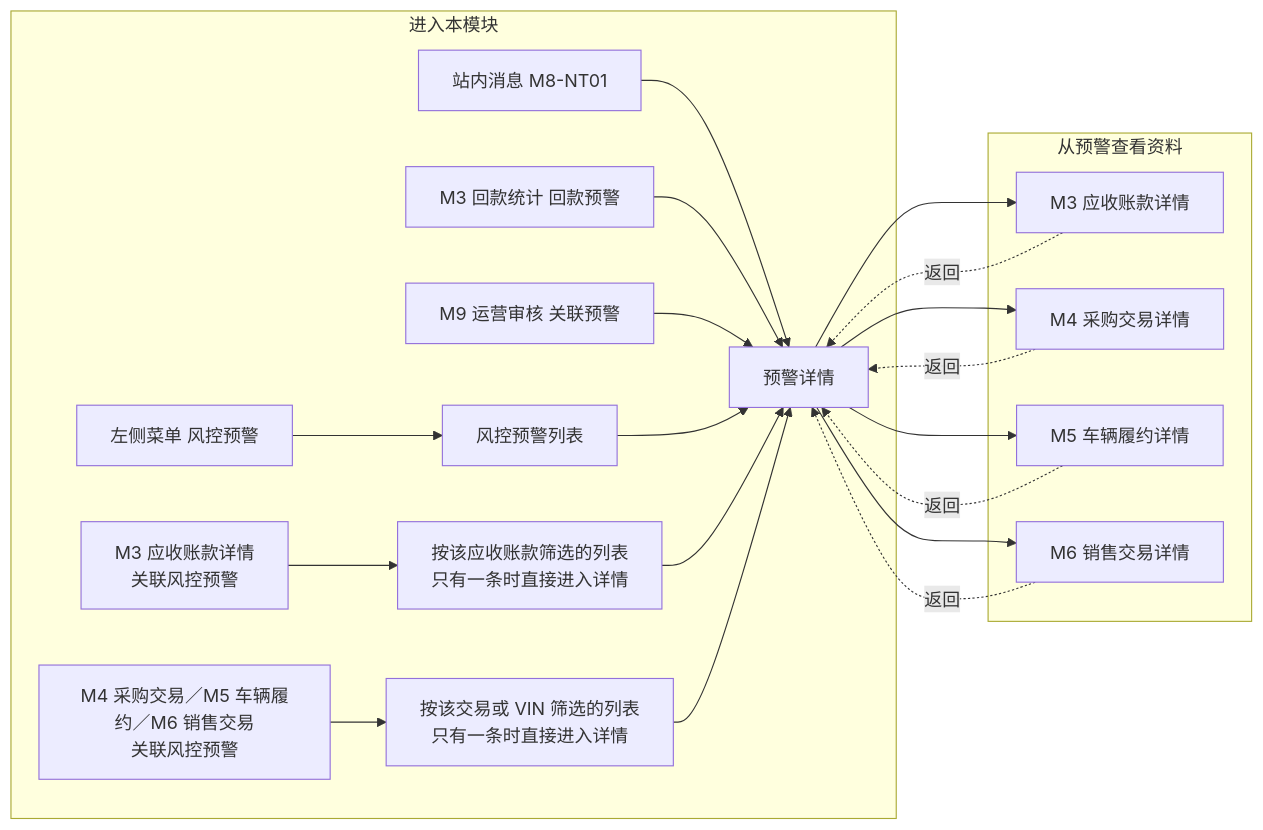
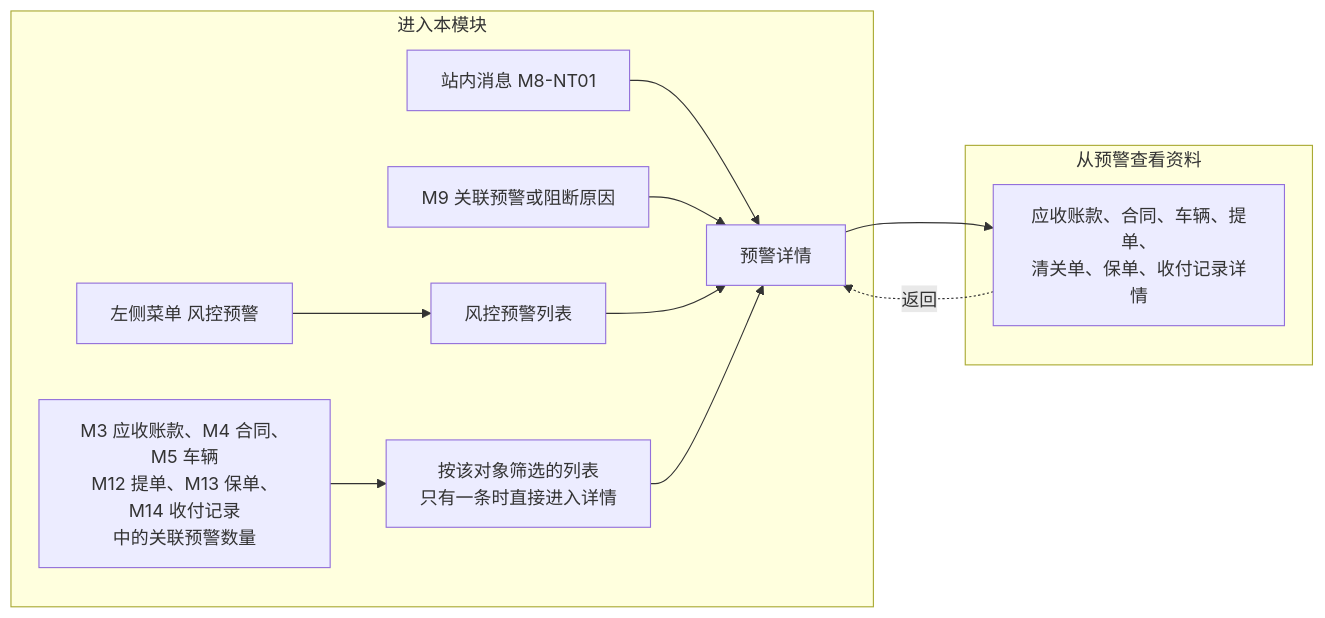
One commit to wxblockchain/Chain-Financing changed the fifth of 7 diagrams in asset-trust-platform/PRD/运营端/M8-风控预警与三方数据源/02-风控预警与三方数据源-流程图与状态机.md. Above: the diagram before and after it, drawn with Mermaid. The commit also changed other lines of this file and 16 other files, not shown here.

````diff
--- a/asset-trust-platform/PRD/运营端/M8-风控预警与三方数据源/02-风控预警与三方数据源-流程图与状态机.md
+++ b/asset-trust-platform/PRD/运营端/M8-风控预警与三方数据源/02-风控预警与三方数据源-流程图与状态机.md
@@ -92,24 +90,15 @@
 ```mermaid
 flowchart LR
     subgraph 进入本模块
         N1[左侧菜单 风控预警] --> L[风控预警列表]
         N2[站内消息 M8-NT01] --> D[预警详情]
-        N3[M3 应收账款详情<br/>关联风控预警] --> L2[按该应收账款筛选的列表<br/>只有一条时直接进入详情]
-        N4[M3 回款统计 回款预警] --> D
-        N5[M4 采购交易／M5 车辆履约／M6 销售交易<br/>关联风控预警] --> L3[按该交易或 VIN 筛选的列表<br/>只有一条时直接进入详情]
-        N6[M9 运营审核 关联预警] --> D
+        N3[M3 应收账款、M4 合同、M5 车辆<br/>M12 提单、M13 保单、M14 收付记录<br/>中的关联预警数量] --> L2[按该对象筛选的列表<br/>只有一条时直接进入详情]
+        N4[M9 关联预警或阻断原因] --> D
         L --> D
         L2 --> D
-        L3 --> D
     end
     subgraph 从预警查看资料
-        D --> S3[M3 应收账款详情]
-        D --> S4[M4 采购交易详情]
-        D --> S5[M5 车辆履约详情]
-        D --> S6[M6 销售交易详情]
-        S3 -.返回.-> D
-        S4 -.返回.-> D
-        S5 -.返回.-> D
-        S6 -.返回.-> D
+        D --> S[应收账款、合同、车辆、提单、<br/>清关单、保单、收付记录详情]
+        S -.返回.-> D
     end
 ```
````
